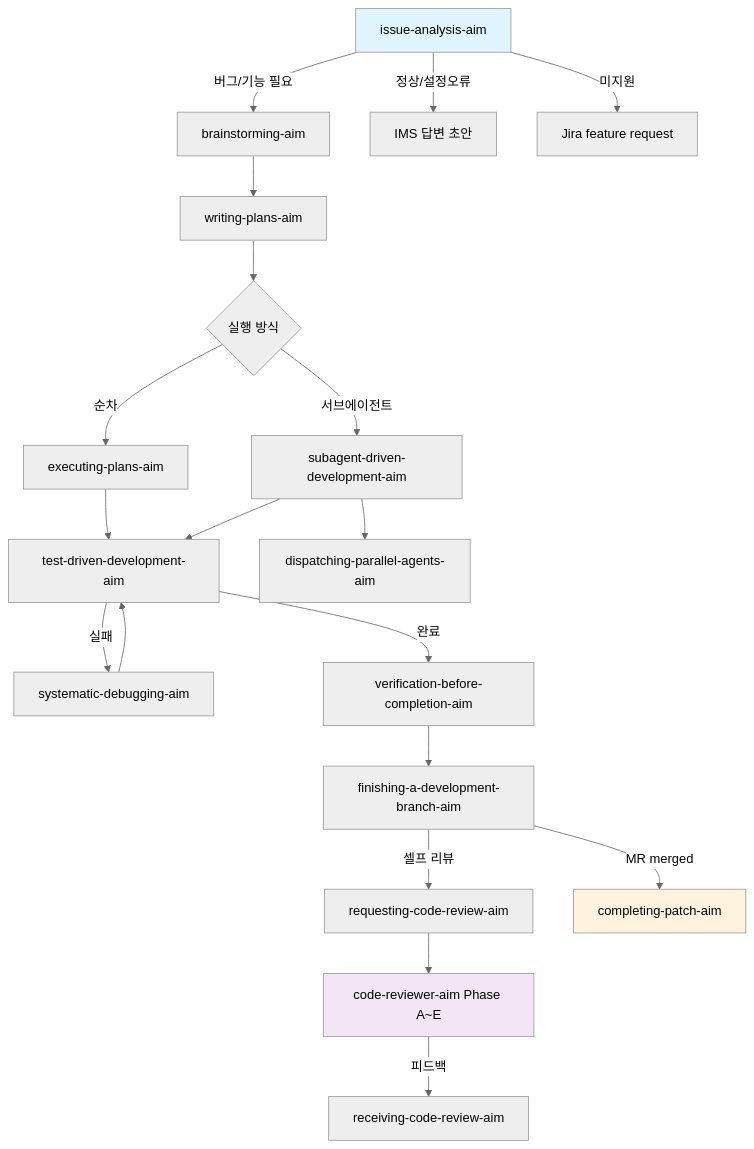
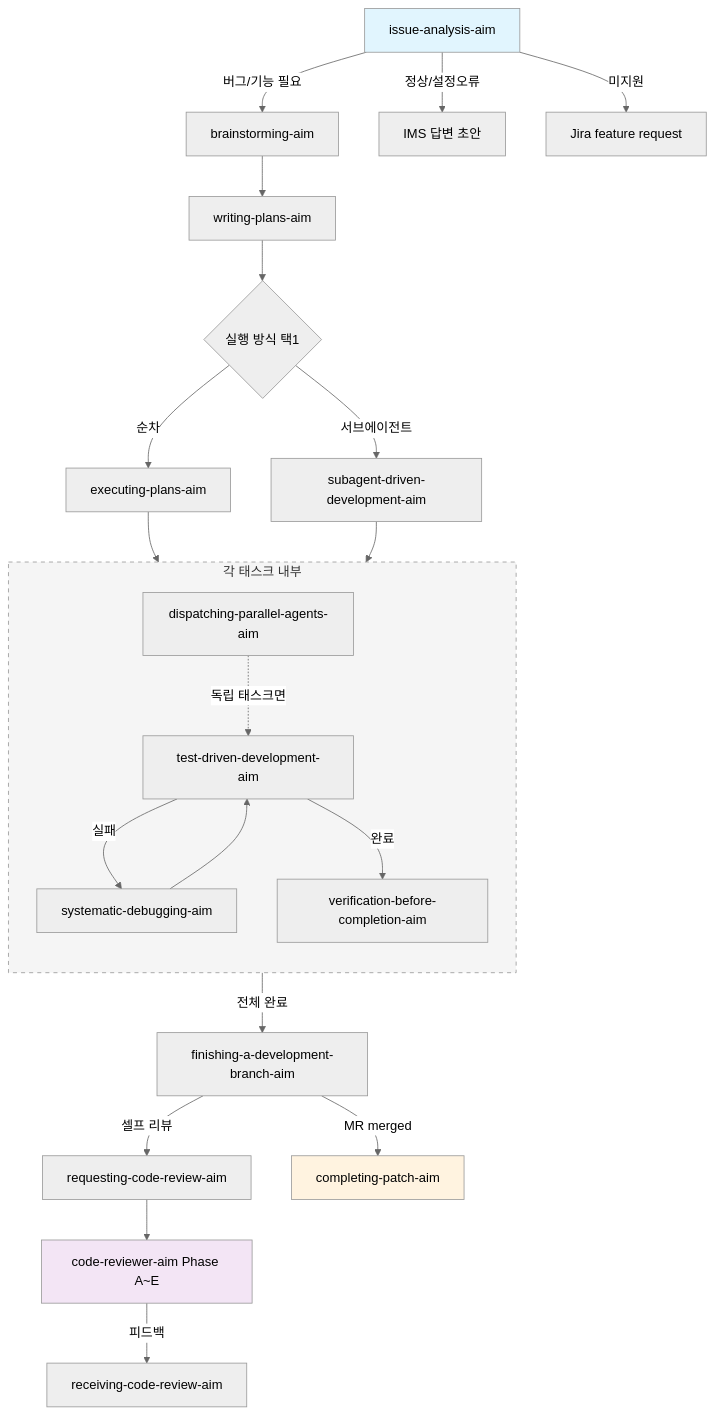
One commit to kmj5228/aim-harness changed the diagram in README.md. Above: the diagram before and after it, drawn with Mermaid (neutral theme).

Commit message:
fix: clarify workflow chain hierarchy with subgraph
- executing/subagent are task runners (택1)
- TDD/debugging/verification are per-task skills (subgraph)
- dispatching-parallel is optional within tasks

````diff
--- a/README.md
+++ b/README.md
@@ -77,26 +77,33 @@
 ```mermaid
 flowchart TD
     A[issue-analysis-aim] -->|"버그/기능 필요"| B[brainstorming-aim]
     B --> C[writing-plans-aim]
-    C --> D{실행 방식}
+    C --> D{실행 방식 택1}
     D -->|순차| E[executing-plans-aim]
     D -->|서브에이전트| F[subagent-driven-development-aim]
-    E --> G[test-driven-development-aim]
-    F --> G
-    F --> H[dispatching-parallel-agents-aim]
-    G -->|실패| I[systematic-debugging-aim]
-    I --> G
-    G -->|완료| J[verification-before-completion-aim]
-    J --> K[finishing-a-development-branch-aim]
+
+    E --> TASKS
+    F --> TASKS
+
+    subgraph TASKS ["각 태스크 내부"]
+        direction TB
+        G[test-driven-development-aim] -->|실패| I[systematic-debugging-aim]
+        I --> G
+        G -->|완료| J[verification-before-completion-aim]
+        H[dispatching-parallel-agents-aim] -.->|독립 태스크면| G
+    end
+
+    TASKS -->|전체 완료| K[finishing-a-development-branch-aim]
     K -->|셀프 리뷰| L[requesting-code-review-aim]
     L --> M[code-reviewer-aim Phase A~E]
     M -->|피드백| R[receiving-code-review-aim]
     K -->|MR merged| N[completing-patch-aim]
 
     A -->|"정상/설정오류"| O[IMS 답변 초안]
     A -->|"미지원"| P[Jira feature request]
 
     style A fill:#e1f5fe
     style N fill:#fff3e0
     style M fill:#f3e5f5
+    style TASKS fill:#f5f5f5,stroke:#999,stroke-dasharray: 5 5
 ```
````
